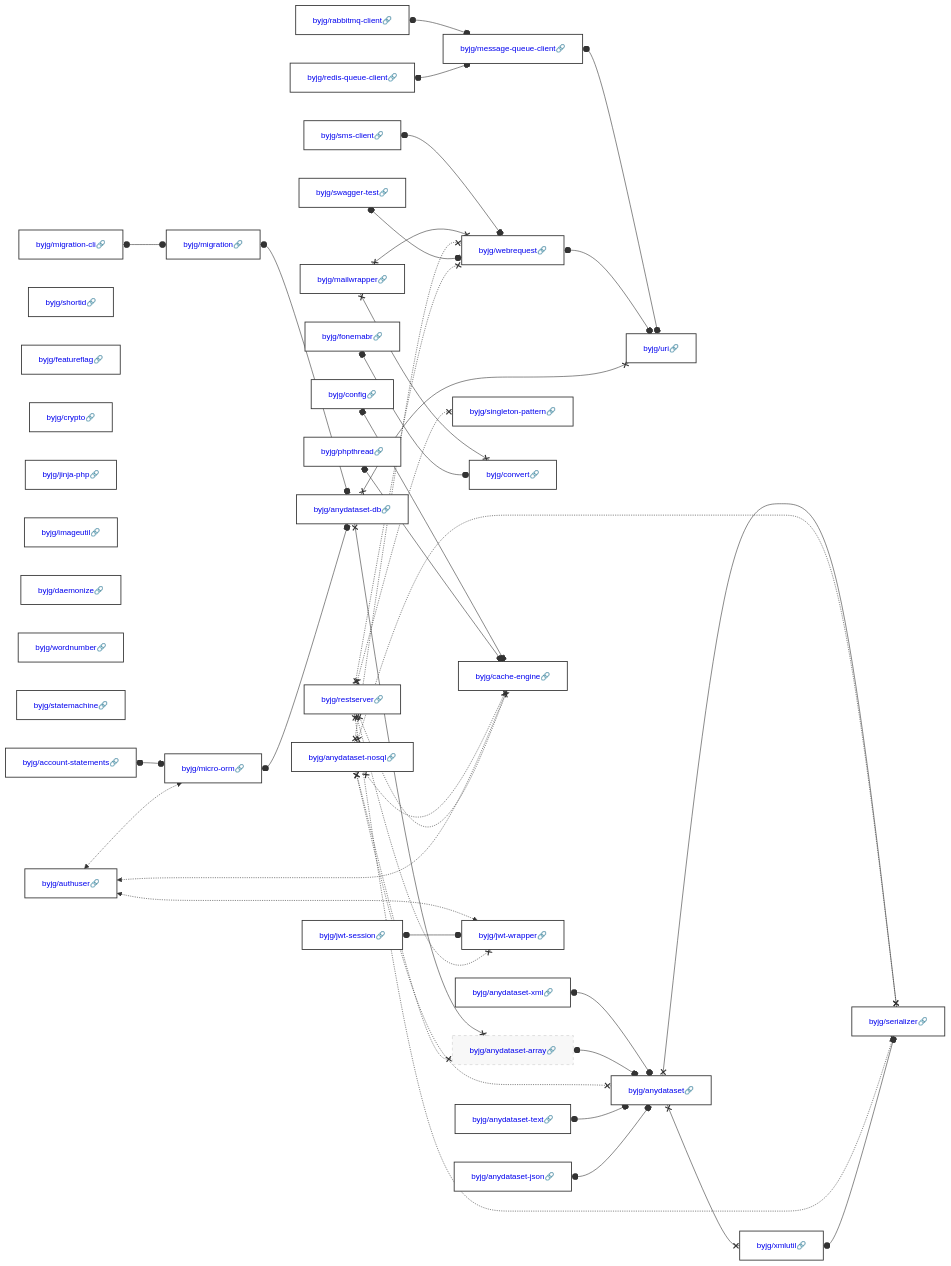
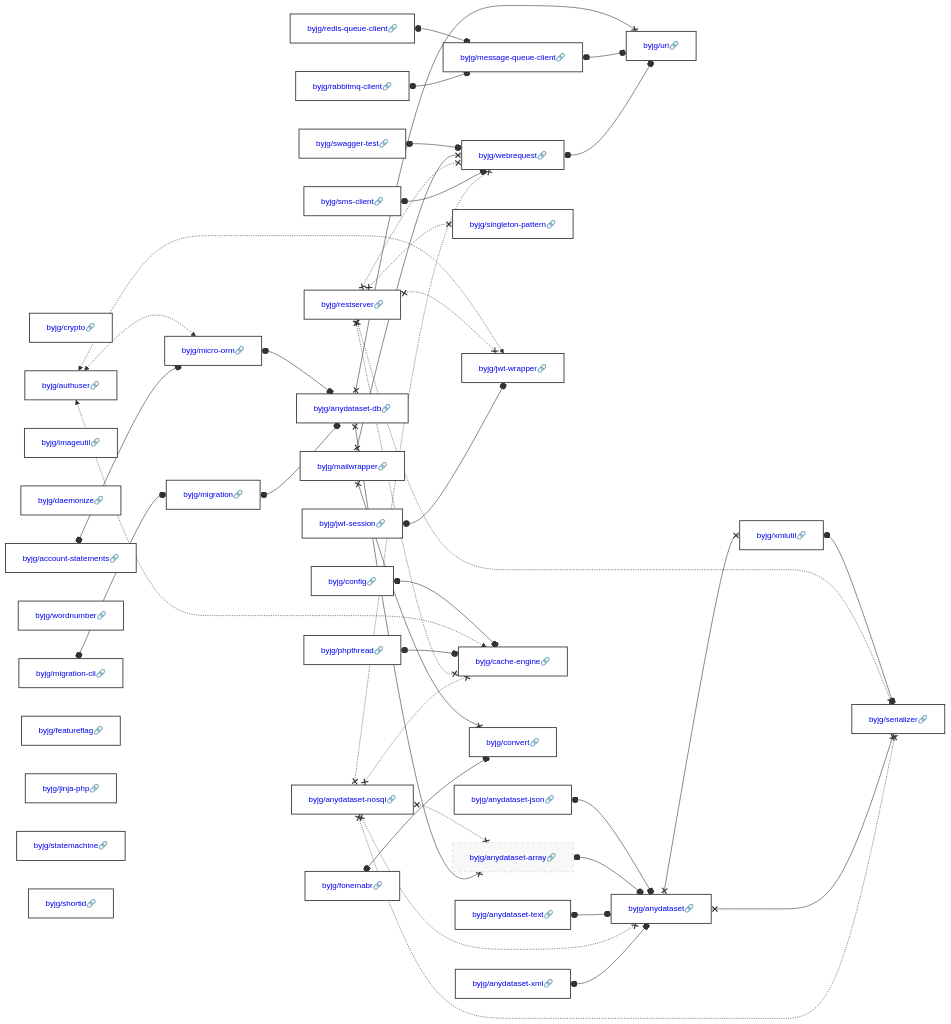
Before and after one commit to byjg/byjg.github.io: the diagram in docs/php/README.md, drawn with Mermaid. The commit also changed other lines of this file, not shown here.

Commit message:
Update documentation 'php' 'php-migration'

````diff
--- a/docs/php/README.md
+++ b/docs/php/README.md
@@ -3,82 +3,82 @@
 ```mermaid
 graph LR;
-  byjg/account-statements[<a href='https://opensource.byjg.com/docs/php/account-statements' style='text-decoration:none'>byjg/account-statements🔗</a>];
-  byjg/jwt-session[<a href='https://opensource.byjg.com/docs/php/jwt-session' style='text-decoration:none'>byjg/jwt-session🔗</a>];
-  byjg/mailwrapper[<a href='https://opensource.byjg.com/docs/php/mailwrapper' style='text-decoration:none'>byjg/mailwrapper🔗</a>];
-  byjg/sms-client[<a href='https://opensource.byjg.com/docs/php/sms-client' style='text-decoration:none'>byjg/sms-client🔗</a>];
-  byjg/shortid[<a href='https://opensource.byjg.com/docs/php/shortid' style='text-decoration:none'>byjg/shortid🔗</a>];
-  byjg/anydataset-text[<a href='https://opensource.byjg.com/docs/php/anydataset-text' style='text-decoration:none'>byjg/anydataset-text🔗</a>];
-  byjg/featureflag[<a href='https://opensource.byjg.com/docs/php/featureflag' style='text-decoration:none'>byjg/featureflag🔗</a>];
   byjg/crypto[<a href='https://opensource.byjg.com/docs/php/crypto' style='text-decoration:none'>byjg/crypto🔗</a>];
   byjg/restserver[<a href='https://opensource.byjg.com/docs/php/restserver' style='text-decoration:none'>byjg/restserver🔗</a>];
+  byjg/account-statements[<a href='https://opensource.byjg.com/docs/php/account-statements' style='text-decoration:none'>byjg/account-statements🔗</a>];
+  byjg/sms-client[<a href='https://opensource.byjg.com/docs/php/sms-client' style='text-decoration:none'>byjg/sms-client🔗</a>];
+  byjg/anydataset-nosql[<a href='https://opensource.byjg.com/docs/php/anydataset-nosql' style='text-decoration:none'>byjg/anydataset-nosql🔗</a>];
+  byjg/swagger-test[<a href='https://opensource.byjg.com/docs/php/swagger-test' style='text-decoration:none'>byjg/swagger-test🔗</a>];
   byjg/fonemabr[<a href='https://opensource.byjg.com/docs/php/fonemabr' style='text-decoration:none'>byjg/fonemabr🔗</a>];
+  byjg/imageutil[<a href='https://opensource.byjg.com/docs/php/imageutil' style='text-decoration:none'>byjg/imageutil🔗</a>];
+  byjg/anydataset-xml[<a href='https://opensource.byjg.com/docs/php/anydataset-xml' style='text-decoration:none'>byjg/anydataset-xml🔗</a>];
+  byjg/daemonize[<a href='https://opensource.byjg.com/docs/php/daemonize' style='text-decoration:none'>byjg/daemonize🔗</a>];
+  byjg/jwt-session[<a href='https://opensource.byjg.com/docs/php/jwt-session' style='text-decoration:none'>byjg/jwt-session🔗</a>];
+  byjg/redis-queue-client[<a href='https://opensource.byjg.com/docs/php/redis-queue-client' style='text-decoration:none'>byjg/redis-queue-client🔗</a>];
+  byjg/migration-cli[<a href='https://opensource.byjg.com/docs/php/migration-cli' style='text-decoration:none'>byjg/migration-cli🔗</a>];
+  byjg/wordnumber[<a href='https://opensource.byjg.com/docs/php/wordnumber' style='text-decoration:none'>byjg/wordnumber🔗</a>];
+  byjg/phpthread[<a href='https://opensource.byjg.com/docs/php/phpthread' style='text-decoration:none'>byjg/phpthread🔗</a>];
+  byjg/authuser[<a href='https://opensource.byjg.com/docs/php/authuser' style='text-decoration:none'>byjg/authuser🔗</a>];
+  byjg/featureflag[<a href='https://opensource.byjg.com/docs/php/featureflag' style='text-decoration:none'>byjg/featureflag🔗</a>];
+  byjg/jinja-php[<a href='https://opensource.byjg.com/docs/php/jinja-php' style='text-decoration:none'>byjg/jinja-php🔗</a>];
+  byjg/anydataset-json[<a href='https://opensource.byjg.com/docs/php/anydataset-json' style='text-decoration:none'>byjg/anydataset-json🔗</a>];
+  byjg/anydataset-text[<a href='https://opensource.byjg.com/docs/php/anydataset-text' style='text-decoration:none'>byjg/anydataset-text🔗</a>];
+  byjg/statemachine[<a href='https://opensource.byjg.com/docs/php/statemachine' style='text-decoration:none'>byjg/statemachine🔗</a>];
+  byjg/shortid[<a href='https://opensource.byjg.com/docs/php/shortid' style='text-decoration:none'>byjg/shortid🔗</a>];
+  byjg/rabbitmq-client[<a href='https://opensource.byjg.com/docs/php/rabbitmq-client' style='text-decoration:none'>byjg/rabbitmq-client🔗</a>];
   byjg/config[<a href='https://opensource.byjg.com/docs/php/config' style='text-decoration:none'>byjg/config🔗</a>];
-  byjg/jinja-php[<a href='https://opensource.byjg.com/docs/php/jinja-php' style='text-decoration:none'>byjg/jinja-php🔗</a>];
-  byjg/imageutil[<a href='https://opensource.byjg.com/docs/php/imageutil' style='text-decoration:none'>byjg/imageutil🔗</a>];
-  byjg/anydataset-nosql[<a href='https://opensource.byjg.com/docs/php/anydataset-nosql' style='text-decoration:none'>byjg/anydataset-nosql🔗</a>];
-  byjg/anydataset-json[<a href='https://opensource.byjg.com/docs/php/anydataset-json' style='text-decoration:none'>byjg/anydataset-json🔗</a>];
-  byjg/rabbitmq-client[<a href='https://opensource.byjg.com/docs/php/rabbitmq-client' style='text-decoration:none'>byjg/rabbitmq-client🔗</a>];
-  byjg/daemonize[<a href='https://opensource.byjg.com/docs/php/daemonize' style='text-decoration:none'>byjg/daemonize🔗</a>];
-  byjg/phpthread[<a href='https://opensource.byjg.com/docs/php/phpthread' style='text-decoration:none'>byjg/phpthread🔗</a>];
-  byjg/wordnumber[<a href='https://opensource.byjg.com/docs/php/wordnumber' style='text-decoration:none'>byjg/wordnumber🔗</a>];
-  byjg/swagger-test[<a href='https://opensource.byjg.com/docs/php/swagger-test' style='text-decoration:none'>byjg/swagger-test🔗</a>];
-  byjg/statemachine[<a href='https://opensource.byjg.com/docs/php/statemachine' style='text-decoration:none'>byjg/statemachine🔗</a>];
-  byjg/migration-cli[<a href='https://opensource.byjg.com/docs/php/migration-cli' style='text-decoration:none'>byjg/migration-cli🔗</a>];
-  byjg/anydataset-xml[<a href='https://opensource.byjg.com/docs/php/anydataset-xml' style='text-decoration:none'>byjg/anydataset-xml🔗</a>];
-  byjg/authuser[<a href='https://opensource.byjg.com/docs/php/authuser' style='text-decoration:none'>byjg/authuser🔗</a>];
-  byjg/redis-queue-client[<a href='https://opensource.byjg.com/docs/php/redis-queue-client' style='text-decoration:none'>byjg/redis-queue-client🔗</a>];
+  byjg/mailwrapper[<a href='https://opensource.byjg.com/docs/php/mailwrapper' style='text-decoration:none'>byjg/mailwrapper🔗</a>];
   byjg/singleton-pattern[<a href='https://opensource.byjg.com/docs/php/singleton-pattern' style='text-decoration:none'>byjg/singleton-pattern🔗</a>];
+  byjg/migration[<a href='https://opensource.byjg.com/docs/php/migration' style='text-decoration:none'>byjg/migration🔗</a>];
+  byjg/micro-orm[<a href='https://opensource.byjg.com/docs/php/micro-orm' style='text-decoration:none'>byjg/micro-orm🔗</a>];
+  byjg/jwt-wrapper[<a href='https://opensource.byjg.com/docs/php/jwt-wrapper' style='text-decoration:none'>byjg/jwt-wrapper🔗</a>];
+  byjg/message-queue-client[<a href='https://opensource.byjg.com/docs/php/message-queue-client' style='text-decoration:none'>byjg/message-queue-client🔗</a>];
+  byjg/cache-engine[<a href='https://opensource.byjg.com/docs/php/cache-engine' style='text-decoration:none'>byjg/cache-engine🔗</a>];
   byjg/convert[<a href='https://opensource.byjg.com/docs/php/convert' style='text-decoration:none'>byjg/convert🔗</a>];
   byjg/webrequest[<a href='https://opensource.byjg.com/docs/php/webrequest' style='text-decoration:none'>byjg/webrequest🔗</a>];
-  byjg/migration[<a href='https://opensource.byjg.com/docs/php/migration' style='text-decoration:none'>byjg/migration🔗</a>];
-  byjg/micro-orm[<a href='https://opensource.byjg.com/docs/php/micro-orm' style='text-decoration:none'>byjg/micro-orm🔗</a>];
-  byjg/cache-engine[<a href='https://opensource.byjg.com/docs/php/cache-engine' style='text-decoration:none'>byjg/cache-engine🔗</a>];
-  byjg/jwt-wrapper[<a href='https://opensource.byjg.com/docs/php/jwt-wrapper' style='text-decoration:none'>byjg/jwt-wrapper🔗</a>];
-  byjg/message-queue-client[<a href='https://opensource.byjg.com/docs/php/message-queue-client' style='text-decoration:none'>byjg/message-queue-client🔗</a>];
   byjg/anydataset-db[<a href='https://opensource.byjg.com/docs/php/anydataset-db' style='text-decoration:none'>byjg/anydataset-db🔗</a>];
   byjg/anydataset-array[<a href='https://opensource.byjg.com/docs/php/anydataset-array' style='text-decoration:none'>byjg/anydataset-array🔗</a>];
   byjg/uri[<a href='https://opensource.byjg.com/docs/php/uri' style='text-decoration:none'>byjg/uri🔗</a>];
   byjg/anydataset[<a href='https://opensource.byjg.com/docs/php/anydataset' style='text-decoration:none'>byjg/anydataset🔗</a>];
   byjg/xmlutil[<a href='https://opensource.byjg.com/docs/php/xmlutil' style='text-decoration:none'>byjg/xmlutil🔗</a>];
   byjg/serializer[<a href='https://opensource.byjg.com/docs/php/serializer' style='text-decoration:none'>byjg/serializer🔗</a>];
-  byjg/sms-client o--o byjg/webrequest;
-  byjg/mailwrapper x--x byjg/convert;
-  byjg/mailwrapper x--x byjg/webrequest;
-  byjg/config o--o byjg/cache-engine;
-  byjg/anydataset x--x byjg/serializer;
-  byjg/anydataset x--x byjg/xmlutil;
+  byjg/jwt-session o--o byjg/jwt-wrapper;
+  byjg/webrequest o--o byjg/uri;
+  byjg/migration o--o byjg/anydataset-db;
   byjg/message-queue-client o--o byjg/uri;
-  byjg/phpthread o--o byjg/cache-engine;
-  byjg/webrequest o--o byjg/uri;
-  byjg/rabbitmq-client o--o byjg/message-queue-client;
   byjg/anydataset-xml o--o byjg/anydataset;
-  byjg/redis-queue-client o--o byjg/message-queue-client;
   byjg/anydataset-db x--x byjg/anydataset-array;
   byjg/anydataset-db x--x byjg/uri;
-  byjg/anydataset-array o--o byjg/anydataset;
+  byjg/micro-orm o--o byjg/anydataset-db;
   byjg/anydataset-nosql x-.-x byjg/anydataset;
   byjg/anydataset-nosql x-.-x byjg/anydataset-array;
   byjg/anydataset-nosql x-.-x byjg/serializer;
   byjg/anydataset-nosql x-.-x byjg/webrequest;
   byjg/anydataset-nosql x-.-x byjg/cache-engine;
-  byjg/swagger-test o--o byjg/webrequest;
-  byjg/anydataset-text o--o byjg/anydataset;
+  byjg/sms-client o--o byjg/webrequest;
+  byjg/rabbitmq-client o--o byjg/message-queue-client;
+  byjg/anydataset x--x byjg/serializer;
+  byjg/anydataset x--x byjg/xmlutil;
+  byjg/fonemabr o--o byjg/convert;
   byjg/account-statements o--o byjg/micro-orm;
-  byjg/authuser <-.-> byjg/micro-orm;
-  byjg/authuser <-.-> byjg/cache-engine;
-  byjg/authuser <-.-> byjg/jwt-wrapper;
-  byjg/migration o--o byjg/anydataset-db;
   byjg/migration-cli o--o byjg/migration;
-  byjg/anydataset-json o--o byjg/anydataset;
-  byjg/micro-orm o--o byjg/anydataset-db;
-  byjg/fonemabr o--o byjg/convert;
-  byjg/jwt-session o--o byjg/jwt-wrapper;
   byjg/restserver x-.-x byjg/serializer;
   byjg/restserver x-.-x byjg/singleton-pattern;
   byjg/restserver x-.-x byjg/cache-engine;
   byjg/restserver x-.-x byjg/webrequest;
   byjg/restserver x-.-x byjg/jwt-wrapper;
+  byjg/phpthread o--o byjg/cache-engine;
   byjg/xmlutil o--o byjg/serializer;
+  byjg/mailwrapper x--x byjg/convert;
+  byjg/mailwrapper x--x byjg/webrequest;
+  byjg/anydataset-text o--o byjg/anydataset;
+  byjg/anydataset-array o--o byjg/anydataset;
+  byjg/authuser <-.-> byjg/micro-orm;
+  byjg/authuser <-.-> byjg/cache-engine;
+  byjg/authuser <-.-> byjg/jwt-wrapper;
+  byjg/config o--o byjg/cache-engine;
+  byjg/swagger-test o--o byjg/webrequest;
+  byjg/anydataset-json o--o byjg/anydataset;
+  byjg/redis-queue-client o--o byjg/message-queue-client;
   classDef default fill:#ffffff,stroke:#333,stroke-width:1.5px,color:#000,font-size:14px;
   classDef highlight fill:#ffef96,stroke:#ff9900,stroke-width:3px;
   classDef deprecated fill:#f8f8f8,stroke:#cccccc,stroke-dasharray: 5 5,stroke-width:1px,color:#999;
````
